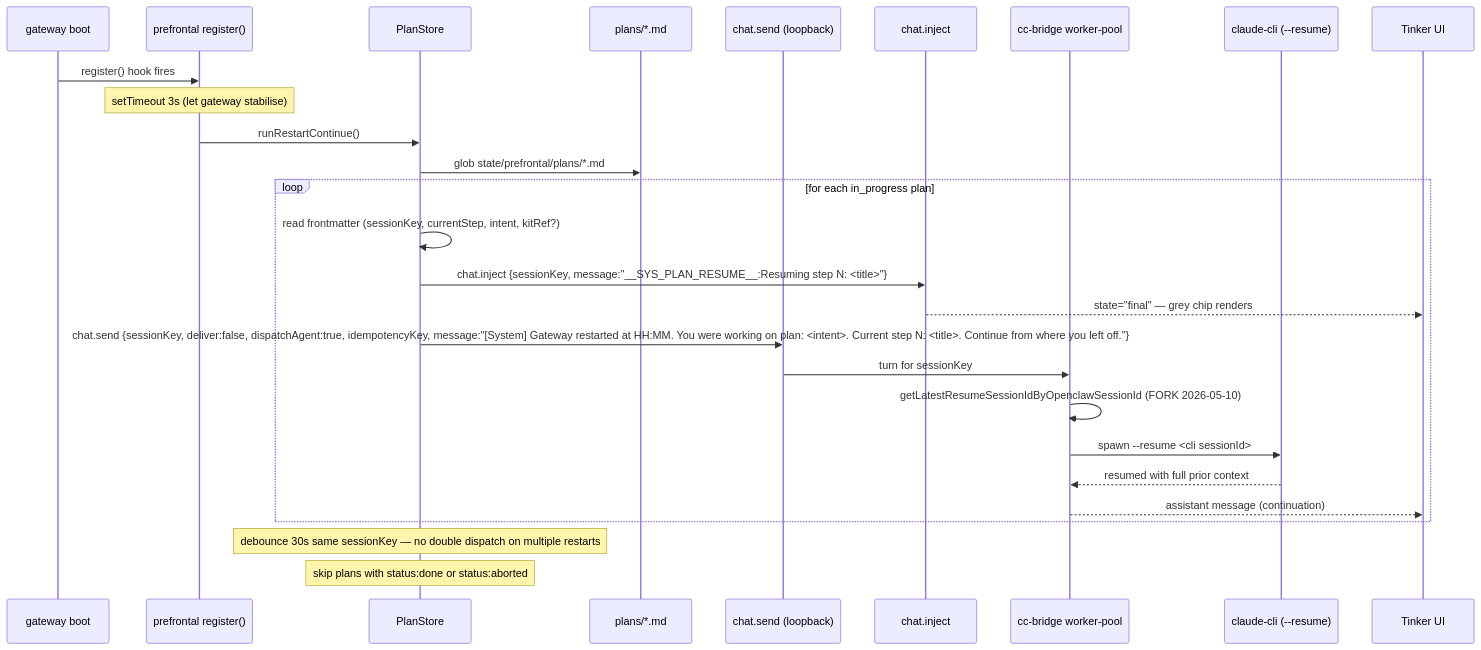
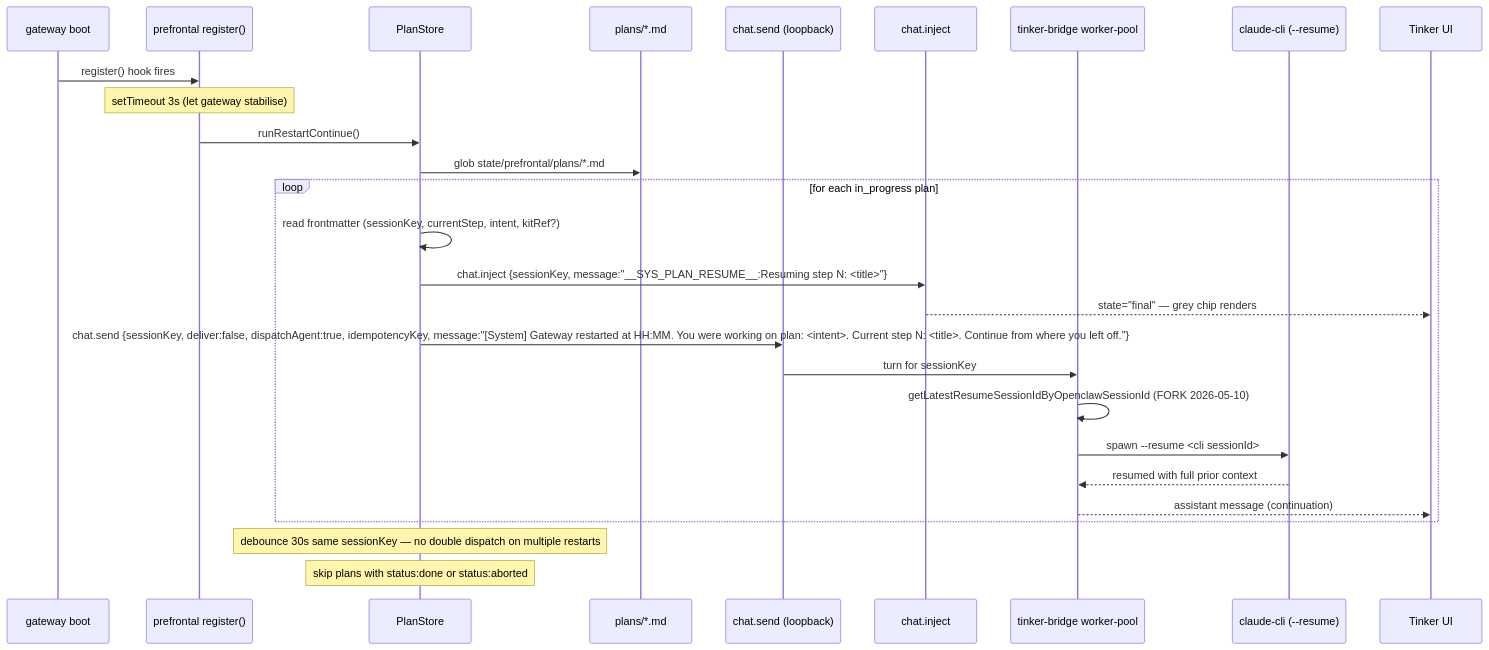
The seventh of 11 diagrams in TINKER_UI_DESIGN_BIBLE/flows.md (globalcaos/tinkerclaw), drawn with Mermaid before and after one commit. The commit also changed other lines of this file and 197 other files, not shown here.

````diff
--- a/TINKER_UI_DESIGN_BIBLE/flows.md
+++ b/TINKER_UI_DESIGN_BIBLE/flows.md
@@ -301,30 +301,30 @@
 ```mermaid
 sequenceDiagram
   participant BOOT as gateway boot
   participant PFR as prefrontal register()
   participant PS as PlanStore
   participant FS as plans/*.md
   participant SEND as chat.send (loopback)
   participant CINJ as chat.inject
-  participant CC as cc-bridge worker-pool
+  participant CC as tinker-bridge worker-pool
   participant CLI as claude-cli (--resume)
   participant TUI as Tinker UI
 
   BOOT->>PFR: register() hook fires
   Note over PFR: setTimeout 3s (let gateway stabilise)
   PFR->>PS: runRestartContinue()
   PS->>FS: glob state/prefrontal/plans/*.md
   loop for each in_progress plan
     PS->>PS: read frontmatter (sessionKey, currentStep, intent, kitRef?)
     PS->>CINJ: chat.inject {sessionKey, message:"__SYS_PLAN_RESUME__:Resuming step N: <title>"}
     CINJ-->>TUI: state="final" — grey chip renders
     PS->>SEND: chat.send {sessionKey, deliver:false, dispatchAgent:true, idempotencyKey, message:"[System] Gateway restarted at HH:MM. You were working on plan: <intent>. Current step N: <title>. Continue from where you left off."}
     SEND->>CC: turn for sessionKey
     CC->>CC: getLatestResumeSessionIdByOpenclawSessionId (FORK 2026-05-10)
     CC->>CLI: spawn --resume <cli sessionId>
     CLI-->>CC: resumed with full prior context
     CC-->>TUI: assistant message (continuation)
   end
   Note over PS: debounce 30s same sessionKey — no double dispatch on multiple restarts
   Note over PS: skip plans with status:done or status:aborted
 ```
````
